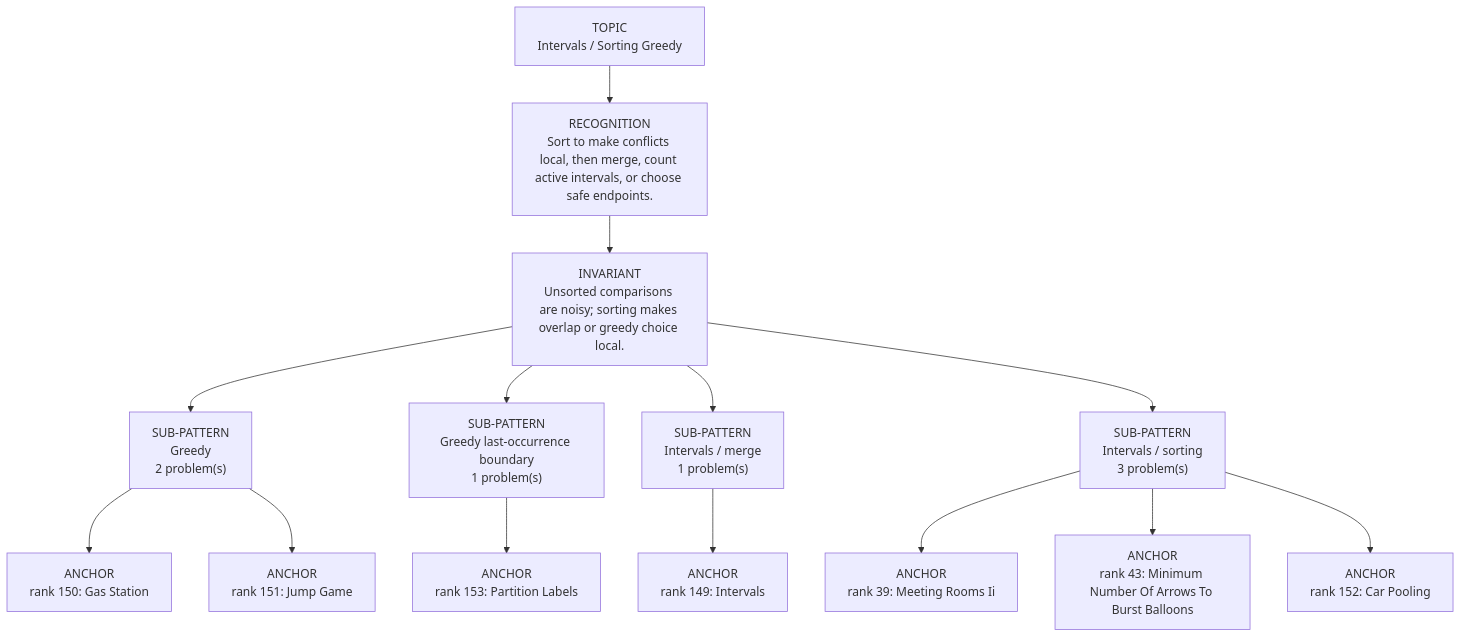
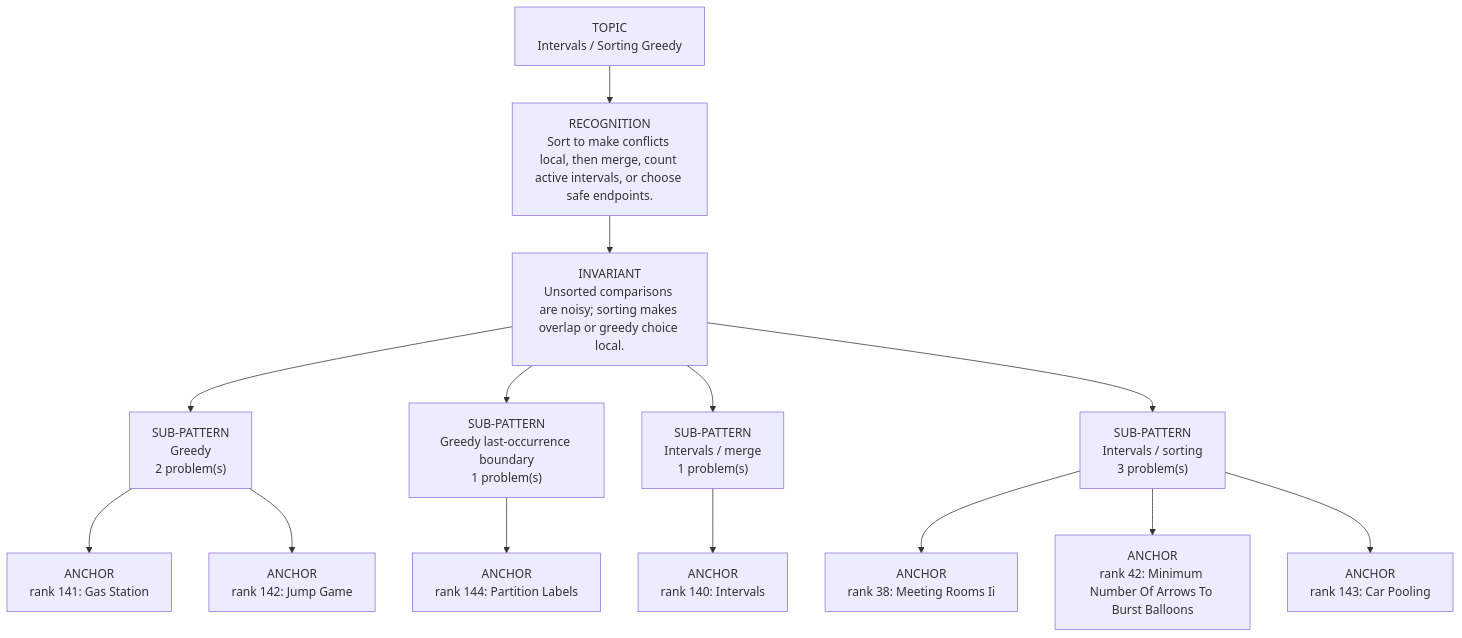
The diagram in dsa-review/interview/patterns/16_intervals_greedy.md (thechiranjeevjain/DSA10days), drawn with Mermaid before and after one commit. The commit also changed other lines of this file and 61 other files, not shown here.

````diff
--- a/dsa-review/interview/patterns/16_intervals_greedy.md
+++ b/dsa-review/interview/patterns/16_intervals_greedy.md
@@ -15,18 +15,18 @@
 ```mermaid
 flowchart TD
   Topic["TOPIC<br/>Intervals / Sorting Greedy"]
   Recognition["RECOGNITION<br/>Sort to make conflicts local, then merge, count active intervals, or choose safe endpoints."]
   Invariant["INVARIANT<br/>Unsorted comparisons are noisy; sorting makes overlap or greedy choice local."]
   Topic --> Recognition --> Invariant
   Invariant --> Sub01["SUB-PATTERN<br/>Greedy<br/>2 problem(s)"]
-  Sub01 --> Sub01A01["ANCHOR<br/>rank 150: Gas Station"]
-  Sub01 --> Sub01A02["ANCHOR<br/>rank 151: Jump Game"]
+  Sub01 --> Sub01A01["ANCHOR<br/>rank 141: Gas Station"]
+  Sub01 --> Sub01A02["ANCHOR<br/>rank 142: Jump Game"]
   Invariant --> Sub02["SUB-PATTERN<br/>Greedy last-occurrence boundary<br/>1 problem(s)"]
-  Sub02 --> Sub02A01["ANCHOR<br/>rank 153: Partition Labels"]
+  Sub02 --> Sub02A01["ANCHOR<br/>rank 144: Partition Labels"]
   Invariant --> Sub03["SUB-PATTERN<br/>Intervals / merge<br/>1 problem(s)"]
-  Sub03 --> Sub03A01["ANCHOR<br/>rank 149: Intervals"]
+  Sub03 --> Sub03A01["ANCHOR<br/>rank 140: Intervals"]
   Invariant --> Sub04["SUB-PATTERN<br/>Intervals / sorting<br/>3 problem(s)"]
-  Sub04 --> Sub04A01["ANCHOR<br/>rank 39: Meeting Rooms Ii"]
-  Sub04 --> Sub04A02["ANCHOR<br/>rank 43: Minimum Number Of Arrows To Burst Balloons"]
-  Sub04 --> Sub04A03["ANCHOR<br/>rank 152: Car Pooling"]
+  Sub04 --> Sub04A01["ANCHOR<br/>rank 38: Meeting Rooms Ii"]
+  Sub04 --> Sub04A02["ANCHOR<br/>rank 42: Minimum Number Of Arrows To Burst Balloons"]
+  Sub04 --> Sub04A03["ANCHOR<br/>rank 143: Car Pooling"]
 ```
````
